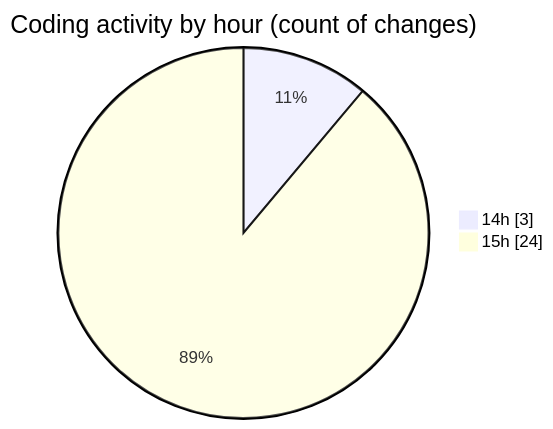
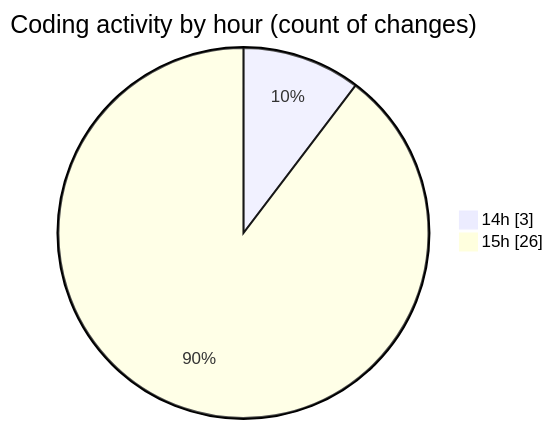
The second of 2 diagrams in 2025-05-30/studio-backend/README.md (idhammustaqopulfikri/code-tracking), drawn with Mermaid before and after one commit. The commit also changed other lines of this file and 1 other file, not shown here.

````diff
--- a/2025-05-30/studio-backend/README.md
+++ b/2025-05-30/studio-backend/README.md
@@ -38,6 +39,6 @@
 ```mermaid
 pie showData
 title Coding activity by hour (count of changes)
 "14h" : 3
-"15h" : 24
+"15h" : 26
 ```
````
